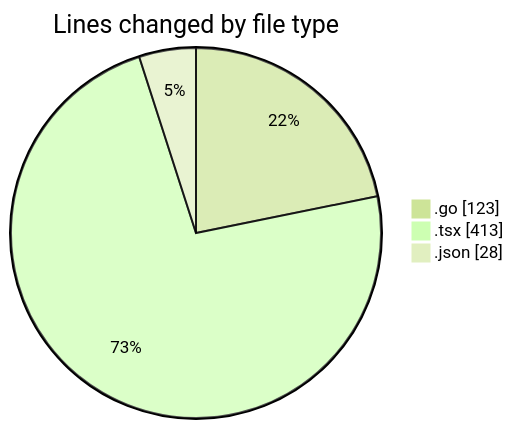
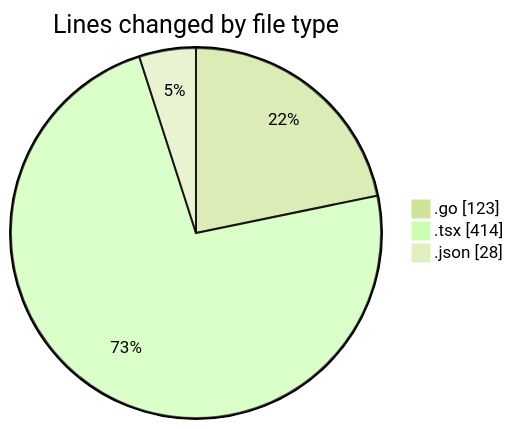
One commit to robertbonfada/code-tracking changed the first of 2 diagrams in 2025-03-03/termonied_testador/README.md. Above: the diagram before and after it, drawn with Mermaid (forest theme). The commit also changed other lines of this file and 1 other file, not shown here.

````diff
--- a/2025-03-03/termonied_testador/README.md
+++ b/2025-03-03/termonied_testador/README.md
@@ -22,7 +22,7 @@
 ```mermaid
 pie showData
 title Lines changed by file type
 ".go" : 123
-".tsx" : 413
+".tsx" : 414
 ".json" : 28
 ```
````
